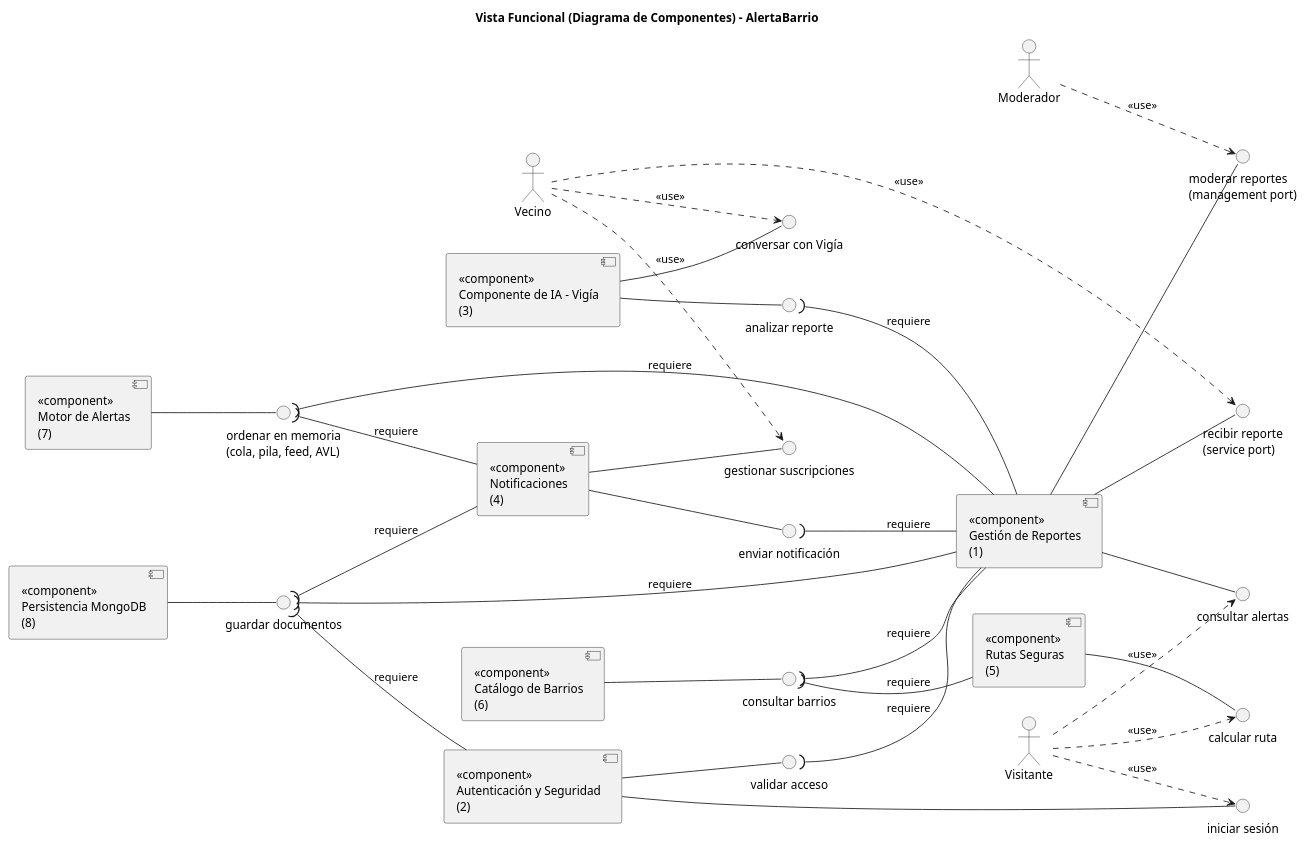
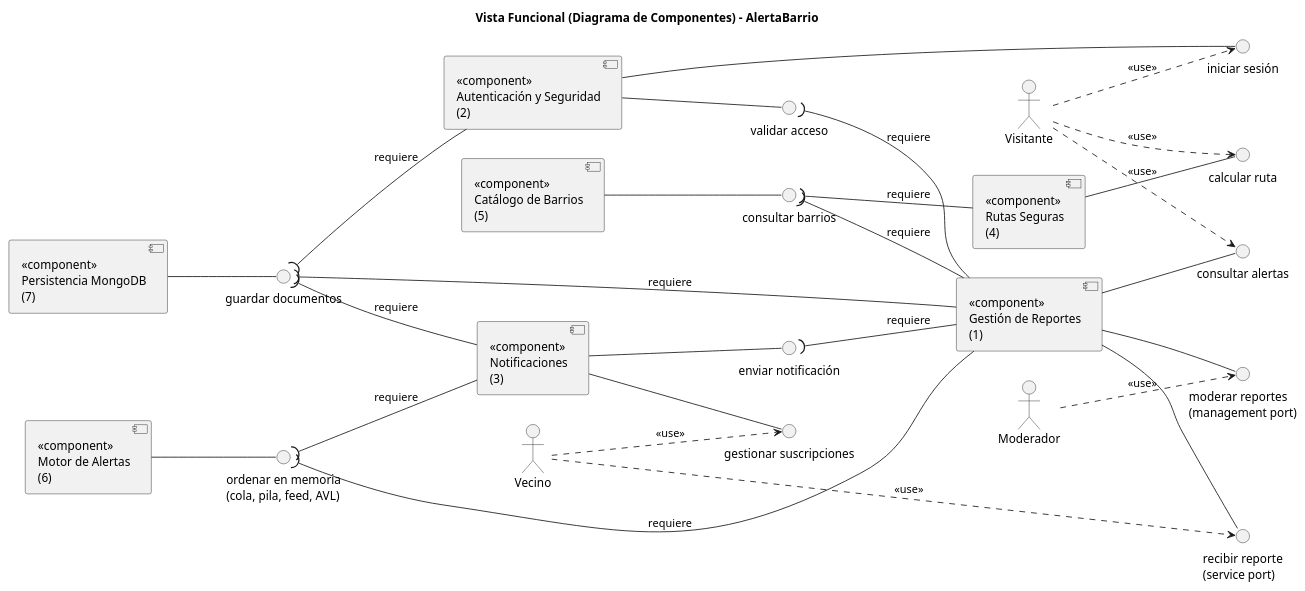
The diagram in docs/diagramas/2_vista_funcional.puml (neber18/AlertaBarrio-Diseno-de-Software), drawn with PlantUML before and after one commit. The commit also changed 31 other files, not shown here.

Commit message:
docs: README, wiki, historias y diagramas 4+1 sin el componente de IA

```diff
--- a/docs/diagramas/2_vista_funcional.puml
+++ b/docs/diagramas/2_vista_funcional.puml
@@ -1,65 +1,58 @@
 @startuml Vista_Funcional_AlertaBarrio
 title Vista Funcional (Diagrama de Componentes) - AlertaBarrio
 skinparam componentStyle uml2
 left to right direction
 
 actor Visitante
 actor Vecino
 actor Moderador
 
 component "<<component>>\nAutenticación y Seguridad\n(2)" as Auth
-component "<<component>>\nComponente de IA - Vigía\n(3)" as IA
-component "<<component>>\nNotificaciones\n(4)" as Notif
-component "<<component>>\nCatálogo de Barrios\n(6)" as Cat
-component "<<component>>\nMotor de Alertas\n(7)" as Eng
-component "<<component>>\nPersistencia MongoDB\n(8)" as Per
-component "<<component>>\nRutas Seguras\n(5)" as Rutas
+component "<<component>>\nNotificaciones\n(3)" as Notif
+component "<<component>>\nCatálogo de Barrios\n(5)" as Cat
+component "<<component>>\nMotor de Alertas\n(6)" as Eng
+component "<<component>>\nPersistencia MongoDB\n(7)" as Per
+component "<<component>>\nRutas Seguras\n(4)" as Rutas
 component "<<component>>\nGestión de Reportes\n(1)" as Rep
 
 () "iniciar sesión" as A0
 () "validar acceso" as A1
-() "analizar reporte" as I1
-() "conversar con Vigía" as I2
 () "enviar notificación" as N1
 () "gestionar suscripciones" as N2
 () "consultar barrios" as C1
 () "ordenar en memoria\n(cola, pila, feed, AVL)" as E1
 () "guardar documentos" as P1
 () "calcular ruta" as R1
 () "recibir reporte\n(service port)" as S1
 () "consultar alertas" as S2
 () "moderar reportes\n(management port)" as S3
 
 Auth -- A0
 Auth -- A1
-IA -- I1
-IA -- I2
 Notif -- N1
 Notif -- N2
 Cat -- C1
 Eng -- E1
 Per -- P1
 Rutas -- R1
 Rep -- S1
 Rep -- S2
 Rep -- S3
 
 A1 )-- Rep : requiere
-I1 )-- Rep : requiere
 N1 )-- Rep : requiere
 C1 )-- Rep : requiere
 E1 )-- Rep : requiere
 P1 )-- Rep : requiere
 C1 )-- Rutas : requiere
 E1 )-- Notif : requiere
 P1 )-- Notif : requiere
 P1 )-- Auth : requiere
 
 Visitante ..> A0 : <<use>>
 Visitante ..> S2 : <<use>>
 Visitante ..> R1 : <<use>>
 Vecino ..> S1 : <<use>>
 Vecino ..> N2 : <<use>>
-Vecino ..> I2 : <<use>>
 Moderador ..> S3 : <<use>>
 @enduml
```
